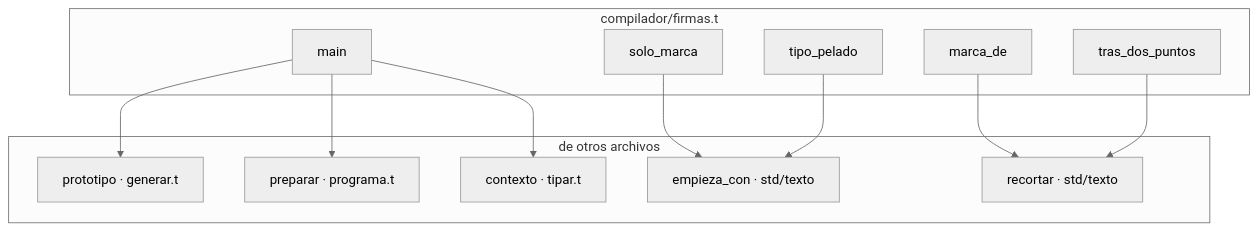
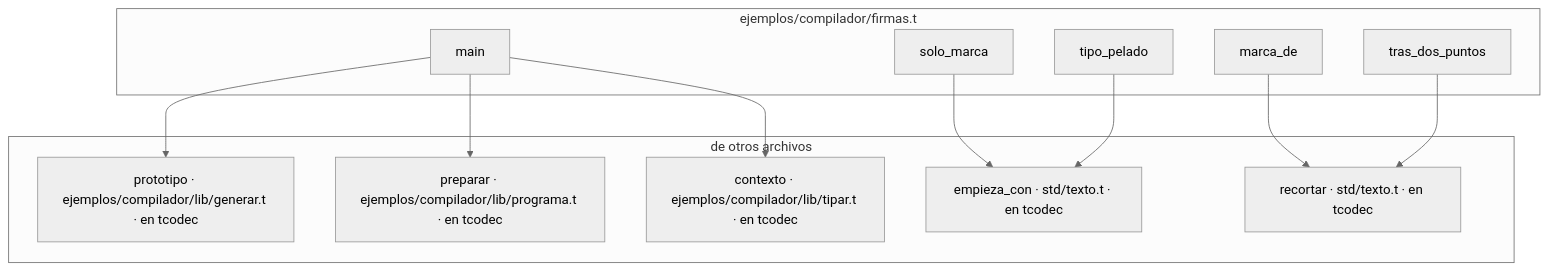
Before and after one commit to NTellezM/tcode: the fifth of 44 diagrams in docs/grafo-funciones.md, drawn with Mermaid (neutral theme). The commit also changed other lines of this file and 5 other files, not shown here.

````diff
--- a/docs/grafo-funciones.md
+++ b/docs/grafo-funciones.md
@@ -86,25 +146,25 @@
 ```mermaid
 graph TD
-    subgraph compilador_firmas["compilador/firmas.t"]
-        compilador_firmas__main["main"]
-        compilador_firmas__marca_de["marca_de"]
-        compilador_firmas__solo_marca["solo_marca"]
-        compilador_firmas__tipo_pelado["tipo_pelado"]
-        compilador_firmas__tras_dos_puntos["tras_dos_puntos"]
+    subgraph ejemplos_compilador_firmas["ejemplos/compilador/firmas.t"]
+        ejemplos_compilador_firmas__main["main"]
+        ejemplos_compilador_firmas__marca_de["marca_de"]
+        ejemplos_compilador_firmas__solo_marca["solo_marca"]
+        ejemplos_compilador_firmas__tipo_pelado["tipo_pelado"]
+        ejemplos_compilador_firmas__tras_dos_puntos["tras_dos_puntos"]
     end
     subgraph fuera["de otros archivos"]
-        compilador_lib_generar__prototipo["prototipo · generar.t"]
-        compilador_lib_programa__preparar["preparar · programa.t"]
-        compilador_lib_tipar__contexto["contexto · tipar.t"]
-        std_texto__empieza_con["empieza_con · std/texto"]
-        std_texto__recortar["recortar · std/texto"]
+        ejemplos_compilador_lib_generar__prototipo["prototipo · ejemplos/compilador/lib/generar.t · en tcodec"]
+        ejemplos_compilador_lib_programa__preparar["preparar · ejemplos/compilador/lib/programa.t · en tcodec"]
+        ejemplos_compilador_lib_tipar__contexto["contexto · ejemplos/compilador/lib/tipar.t · en tcodec"]
+        std_texto__empieza_con["empieza_con · std/texto.t · en tcodec"]
+        std_texto__recortar["recortar · std/texto.t · en tcodec"]
     end
 
-    compilador_firmas__main --> compilador_lib_generar__prototipo
-    compilador_firmas__main --> compilador_lib_programa__preparar
-    compilador_firmas__main --> compilador_lib_tipar__contexto
-    compilador_firmas__marca_de --> std_texto__recortar
-    compilador_firmas__solo_marca --> std_texto__empieza_con
-    compilador_firmas__tipo_pelado --> std_texto__empieza_con
-    compilador_firmas__tras_dos_puntos --> std_texto__recortar
+    ejemplos_compilador_firmas__main --> ejemplos_compilador_lib_generar__prototipo
+    ejemplos_compilador_firmas__main --> ejemplos_compilador_lib_programa__preparar
+    ejemplos_compilador_firmas__main --> ejemplos_compilador_lib_tipar__contexto
+    ejemplos_compilador_firmas__marca_de --> std_texto__recortar
+    ejemplos_compilador_firmas__solo_marca --> std_texto__empieza_con
+    ejemplos_compilador_firmas__tipo_pelado --> std_texto__empieza_con
+    ejemplos_compilador_firmas__tras_dos_puntos --> std_texto__recortar
 ```
````
